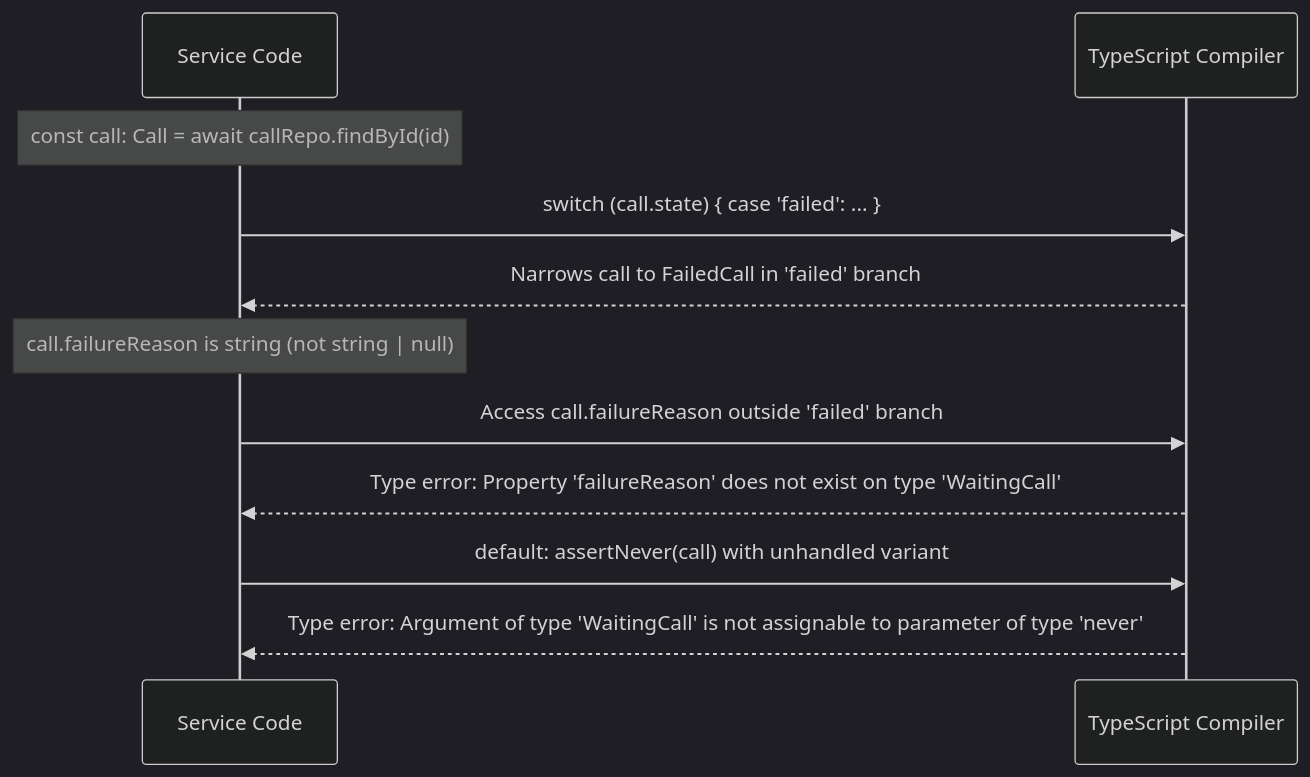
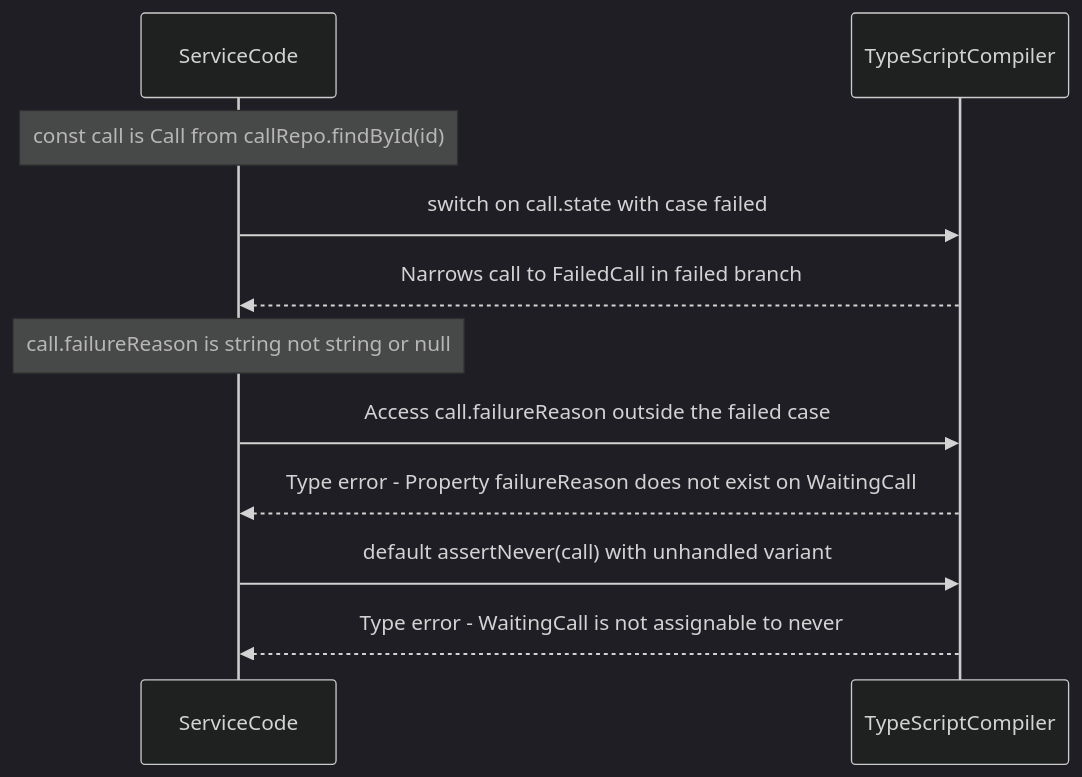
Before and after one commit to phonetastic-eng/phonetastic-server: the sixth of 6 diagrams in docs/zod-domain-types-design.md, drawn with Mermaid (dark theme). The commit also changed other lines of this file and 1 other file, not shown here.

First line of the commit message:
Fix broken Mermaid diagrams in design docs

````diff
--- a/docs/zod-domain-types-design.md
+++ b/docs/zod-domain-types-design.md
@@ -147,14 +147,14 @@
 ```mermaid
 sequenceDiagram
-    participant S as Service Code
-    participant TS as TypeScript Compiler
+    participant S as ServiceCode
+    participant TS as TypeScriptCompiler
 
-    note over S: const call: Call = await callRepo.findById(id)
-    S->>TS: switch (call.state) { case 'failed': ... }
-    TS-->>S: Narrows call to FailedCall in 'failed' branch
-    note over S: call.failureReason is string (not string | null)
-    S->>TS: Access call.failureReason outside 'failed' branch
-    TS-->>S: Type error: Property 'failureReason' does not exist on type 'WaitingCall'
-    S->>TS: default: assertNever(call) with unhandled variant
-    TS-->>S: Type error: Argument of type 'WaitingCall' is not assignable to parameter of type 'never'
+    note over S: const call is Call from callRepo.findById(id)
+    S->>TS: switch on call.state with case failed
+    TS-->>S: Narrows call to FailedCall in failed branch
+    note over S: call.failureReason is string not string or null
+    S->>TS: Access call.failureReason outside the failed case
+    TS-->>S: Type error - Property failureReason does not exist on WaitingCall
+    S->>TS: default assertNever(call) with unhandled variant
+    TS-->>S: Type error - WaitingCall is not assignable to never
 ```
````
